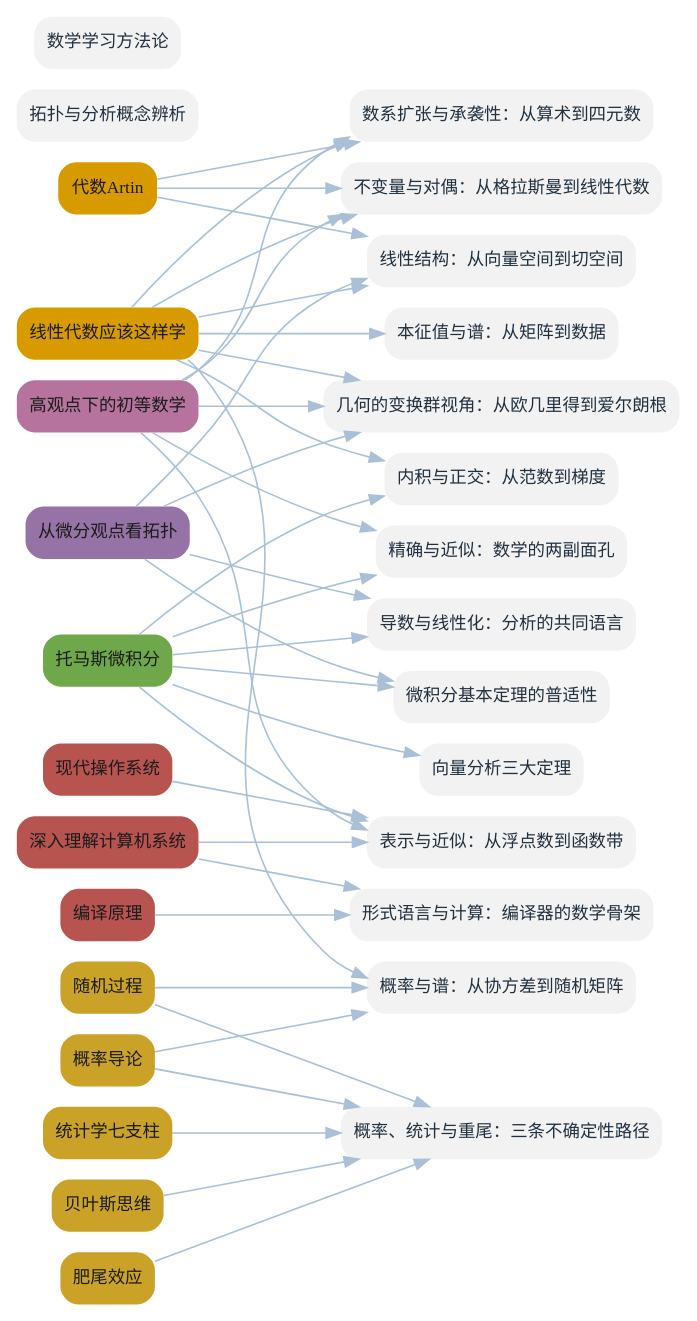
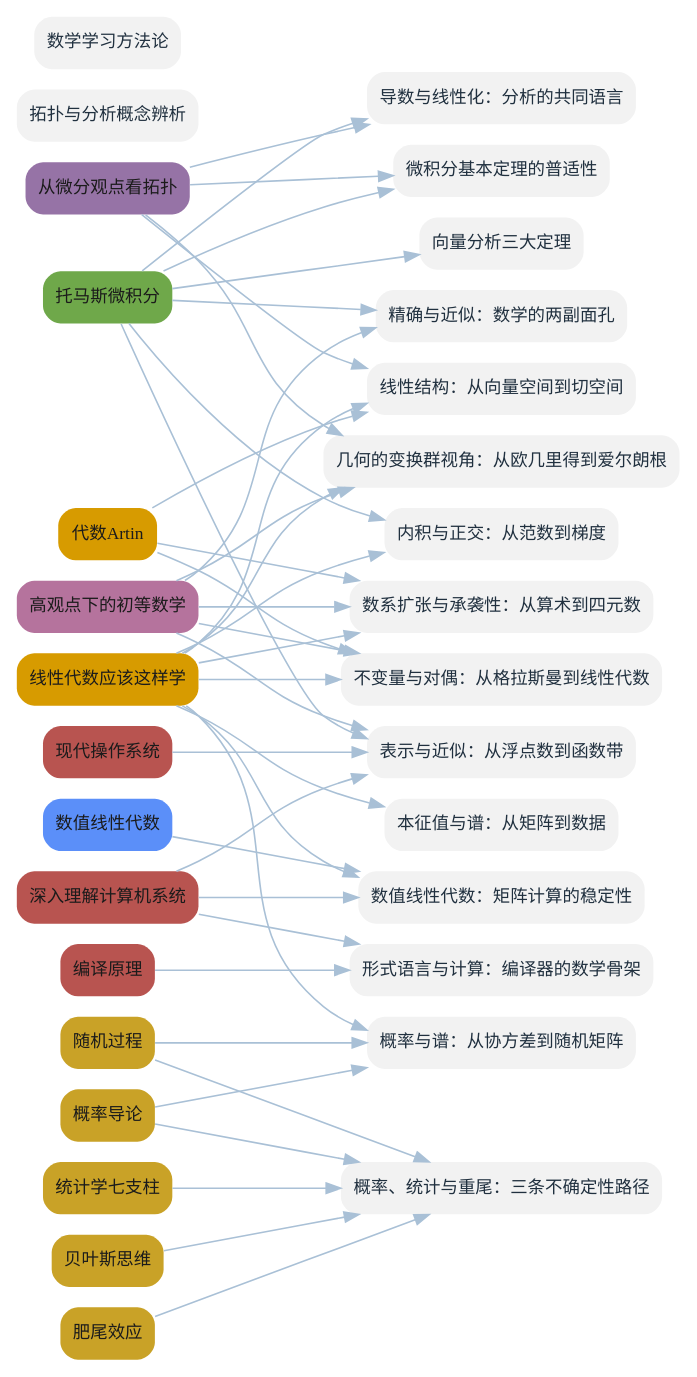
Before and after one commit to lyp0746/lyp-notes: the diagram in book/figures/fig-bridges.dot, drawn with Graphviz. The commit also changed 29 other files, not shown here.

Commit message:
新增《数值线性代数》(Trefethen & Bau, 第一部分)：3 概念+2 实体+导读+跨书桥接；封面加动态「收录 N 本书 · M 概念」标注；每部分改为整页彩色扉页；重建插图(14 书/169 概念)与 PDF(81 页)

```diff
--- a/book/figures/fig-bridges.dot
+++ b/book/figures/fig-bridges.dot
@@ -1,70 +1,75 @@
 digraph G {
   graph [bgcolor="white", rankdir=LR, nodesep=0.2, ranksep=1.2];
   node [shape=box, style="rounded,filled", penwidth=0, fontname="Microsoft YaHei", fontsize=12];
   edge [color="#A9C0D6", penwidth=1.1];
   B_AT [label="代数Artin", fillcolor="#D79B00", fontcolor="#1B1B1B"];
   B_LA [label="线性代数应该这样学", fillcolor="#D79B00", fontcolor="#1B1B1B"];
   B_CA [label="托马斯微积分", fillcolor="#6FA84A", fontcolor="#1B1B1B"];
   B_DT [label="从微分观点看拓扑", fillcolor="#9673A6", fontcolor="#1B1B1B"];
   B_KG [label="高观点下的初等数学", fillcolor="#B5739D", fontcolor="#1B1B1B"];
   B_PD [label="概率导论", fillcolor="#C9A227", fontcolor="#1B1B1B"];
   B_SP [label="随机过程", fillcolor="#C9A227", fontcolor="#1B1B1B"];
   B_SS [label="统计学七支柱", fillcolor="#C9A227", fontcolor="#1B1B1B"];
   B_BT [label="贝叶斯思维", fillcolor="#C9A227", fontcolor="#1B1B1B"];
   B_FT [label="肥尾效应", fillcolor="#C9A227", fontcolor="#1B1B1B"];
   B_CSAPP [label="深入理解计算机系统", fillcolor="#B85450", fontcolor="#1B1B1B"];
   B_MOS [label="现代操作系统", fillcolor="#B85450", fontcolor="#1B1B1B"];
   B_CP [label="编译原理", fillcolor="#B85450", fontcolor="#1B1B1B"];
+  B_NLA [label="数值线性代数", fillcolor="#5B8FF9", fontcolor="#1B1B1B"];
   T_0 [label="导数与线性化：分析的共同语言", fillcolor="#F2F2F2", fontcolor="#20303F"];
   T_1 [label="线性结构：从向量空间到切空间", fillcolor="#F2F2F2", fontcolor="#20303F"];
   T_2 [label="内积与正交：从范数到梯度", fillcolor="#F2F2F2", fontcolor="#20303F"];
   T_3 [label="本征值与谱：从矩阵到数据", fillcolor="#F2F2F2", fontcolor="#20303F"];
   T_4 [label="微积分基本定理的普适性", fillcolor="#F2F2F2", fontcolor="#20303F"];
   T_5 [label="向量分析三大定理", fillcolor="#F2F2F2", fontcolor="#20303F"];
   T_6 [label="拓扑与分析概念辨析", fillcolor="#F2F2F2", fontcolor="#20303F"];
   T_7 [label="数学学习方法论", fillcolor="#F2F2F2", fontcolor="#20303F"];
   T_8 [label="不变量与对偶：从格拉斯曼到线性代数", fillcolor="#F2F2F2", fontcolor="#20303F"];
   T_9 [label="数系扩张与承袭性：从算术到四元数", fillcolor="#F2F2F2", fontcolor="#20303F"];
   T_10 [label="精确与近似：数学的两副面孔", fillcolor="#F2F2F2", fontcolor="#20303F"];
   T_11 [label="几何的变换群视角：从欧几里得到爱尔朗根", fillcolor="#F2F2F2", fontcolor="#20303F"];
   T_12 [label="概率与谱：从协方差到随机矩阵", fillcolor="#F2F2F2", fontcolor="#20303F"];
   T_13 [label="表示与近似：从浮点数到函数带", fillcolor="#F2F2F2", fontcolor="#20303F"];
   T_14 [label="概率、统计与重尾：三条不确定性路径", fillcolor="#F2F2F2", fontcolor="#20303F"];
   T_15 [label="形式语言与计算：编译器的数学骨架", fillcolor="#F2F2F2", fontcolor="#20303F"];
+  T_16 [label="数值线性代数：矩阵计算的稳定性", fillcolor="#F2F2F2", fontcolor="#20303F"];
   B_CA -> T_0;
   B_DT -> T_0;
   B_LA -> T_1;
   B_DT -> T_1;
   B_AT -> T_1;
   B_LA -> T_2;
   B_CA -> T_2;
   B_LA -> T_3;
   B_CA -> T_4;
   B_DT -> T_4;
   B_CA -> T_5;
   B_KG -> T_8;
   B_LA -> T_8;
   B_AT -> T_8;
   B_KG -> T_9;
   B_LA -> T_9;
   B_AT -> T_9;
   B_KG -> T_10;
   B_CA -> T_10;
   B_KG -> T_11;
   B_DT -> T_11;
   B_LA -> T_11;
   B_PD -> T_12;
   B_SP -> T_12;
   B_LA -> T_12;
   B_CSAPP -> T_13;
   B_MOS -> T_13;
   B_KG -> T_13;
   B_CA -> T_13;
   B_PD -> T_14;
   B_SP -> T_14;
   B_SS -> T_14;
   B_BT -> T_14;
   B_FT -> T_14;
   B_CP -> T_15;
   B_CSAPP -> T_15;
+  B_NLA -> T_16;
+  B_LA -> T_16;
+  B_CSAPP -> T_16;
 }
```
